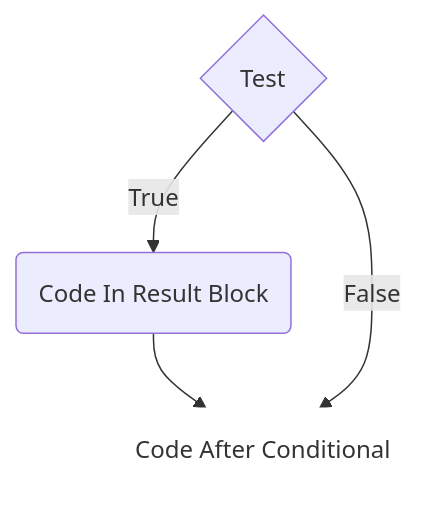
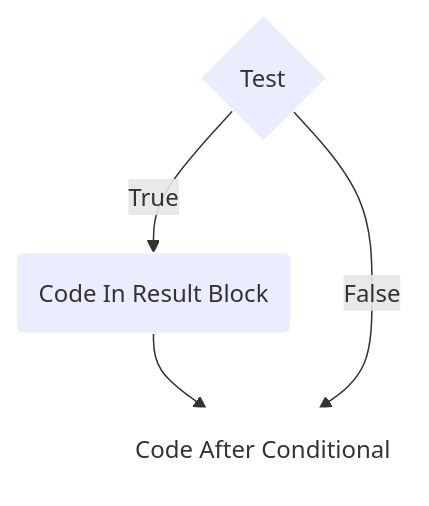
The first of 3 diagrams in content/1_IntroToCoding/2_MakingThings_Happen/1_Lesson_1/index.md (lsu-ddem/pathways-site), drawn with Mermaid before and after one commit. The commit also changed other lines of this file, not shown here.

```diff
--- a/content/1_IntroToCoding/2_MakingThings_Happen/1_Lesson_1/index.md
+++ b/content/1_IntroToCoding/2_MakingThings_Happen/1_Lesson_1/index.md
@@ -5,9 +5,11 @@
 {{<mermaid align="center">}}
 graph TD
 
 A{Test} -->|True| B(Code In Result Block)
 B--> C
 A{Test} -->|False| C(Code After Conditional)
 
+style A  stroke:#FFFFFF;
+style B stroke:#FFFFFF;
 style C fill:#FFFFFF, stroke:#FFFFFF;
 {{< /mermaid >}}
```
